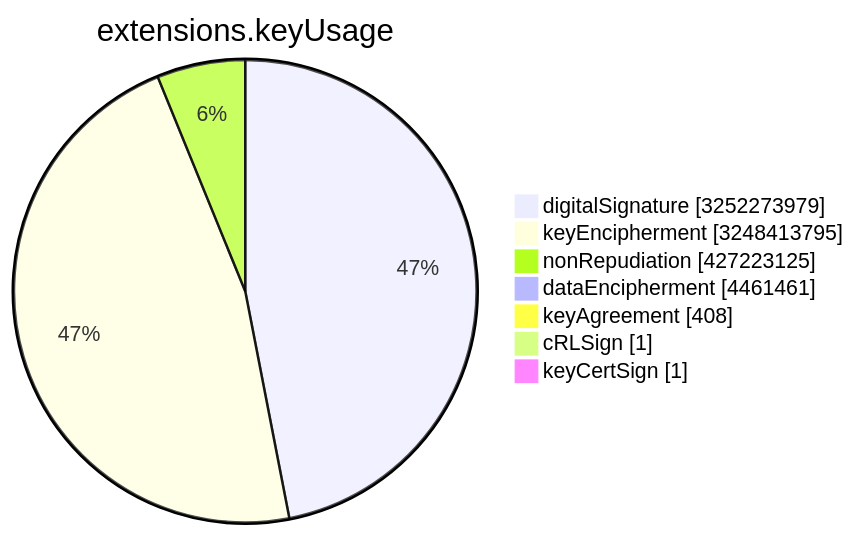
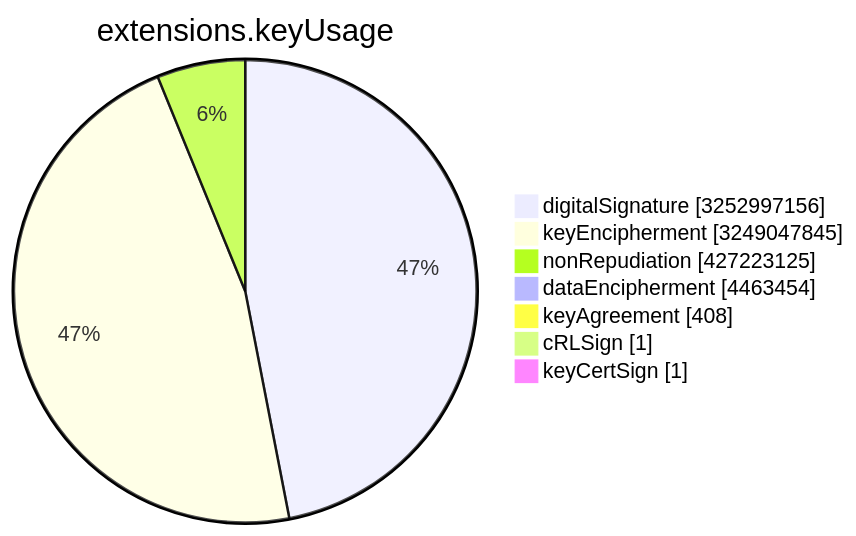
The sixth of 15 diagrams in TOTAL/README.md (christiankrug/ctmonitor_visualization), drawn with Mermaid before and after one commit. The commit also changed other lines of this file, not shown here.

````diff
--- a/TOTAL/README.md
+++ b/TOTAL/README.md
@@ -3078,11 +3078,11 @@
 ```mermaid
 pie showData
 title extensions.keyUsage
-"digitalSignature" :3252273979
-"keyEncipherment" :3248413795
+"digitalSignature" :3252997156
+"keyEncipherment" :3249047845
 "nonRepudiation" :427223125
-"dataEncipherment" :4461461
+"dataEncipherment" :4463454
 "keyAgreement" :408
 "cRLSign" :1
 "keyCertSign" :1
 ```
````
